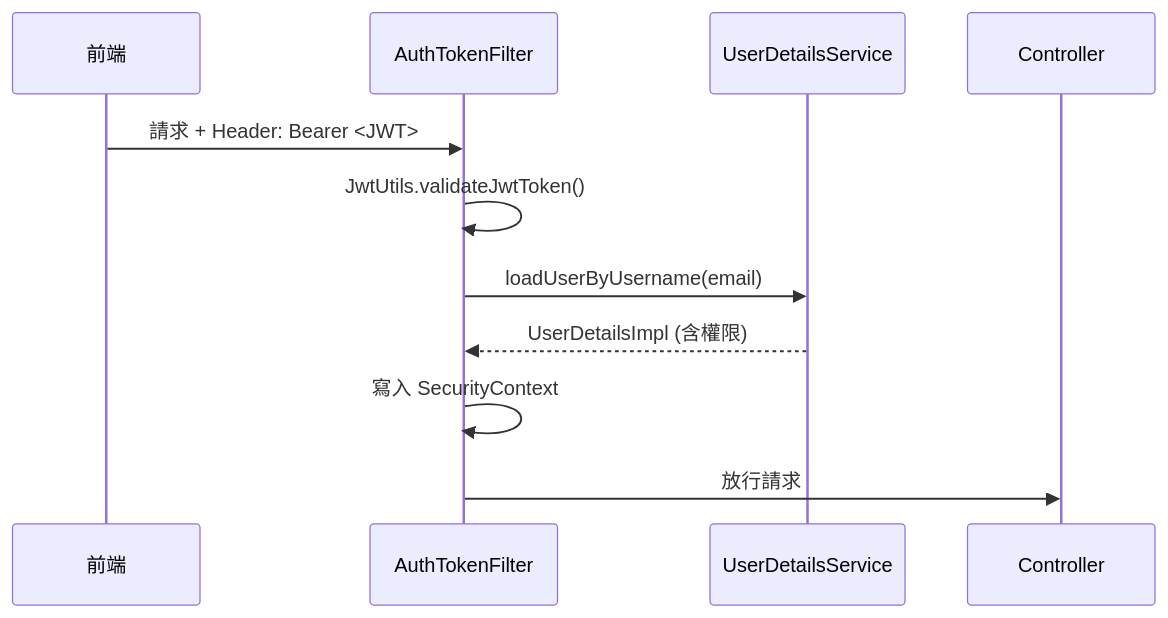
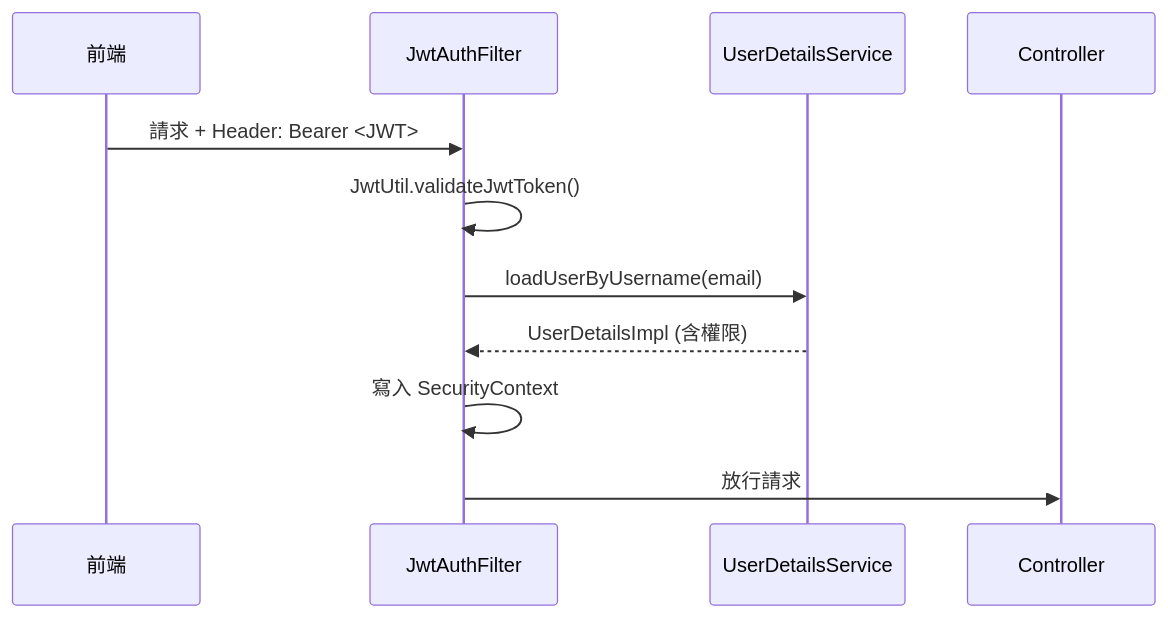
The third of 4 diagrams in 47-dynamic-survey.md (gagahsu/slidev-springboot), drawn with Mermaid before and after one commit. The commit also changed other lines of this file, not shown here.

````diff
--- a/47-dynamic-survey.md
+++ b/47-dynamic-survey.md
@@ -1081,13 +959,13 @@
 ```mermaid
 sequenceDiagram
     participant C as 前端
-    participant F as AuthTokenFilter
+    participant F as JwtAuthFilter
     participant U as UserDetailsService
     participant Ctrl as Controller
     C->>F: 請求 + Header: Bearer <JWT>
-    F->>F: JwtUtils.validateJwtToken()
+    F->>F: JwtUtil.validateJwtToken()
     F->>U: loadUserByUsername(email)
     U-->>F: UserDetailsImpl (含權限)
     F->>F: 寫入 SecurityContext
     F->>Ctrl: 放行請求
 ```
````
